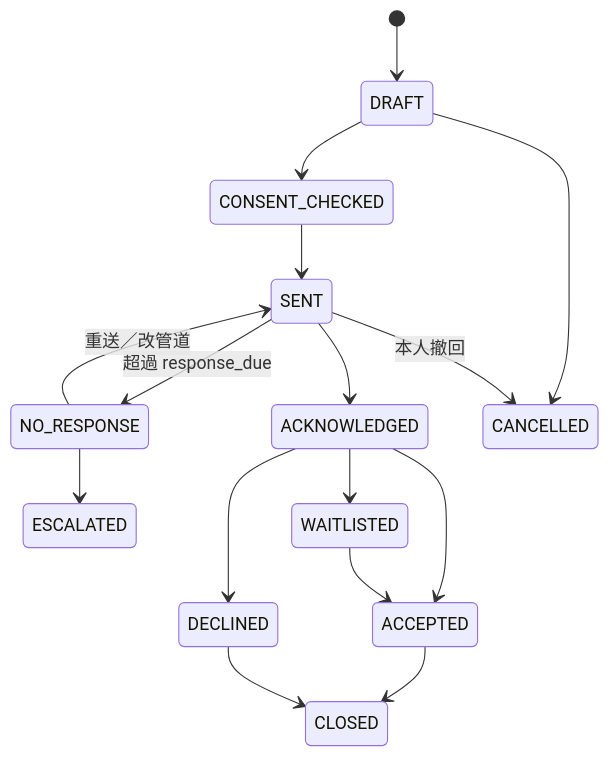
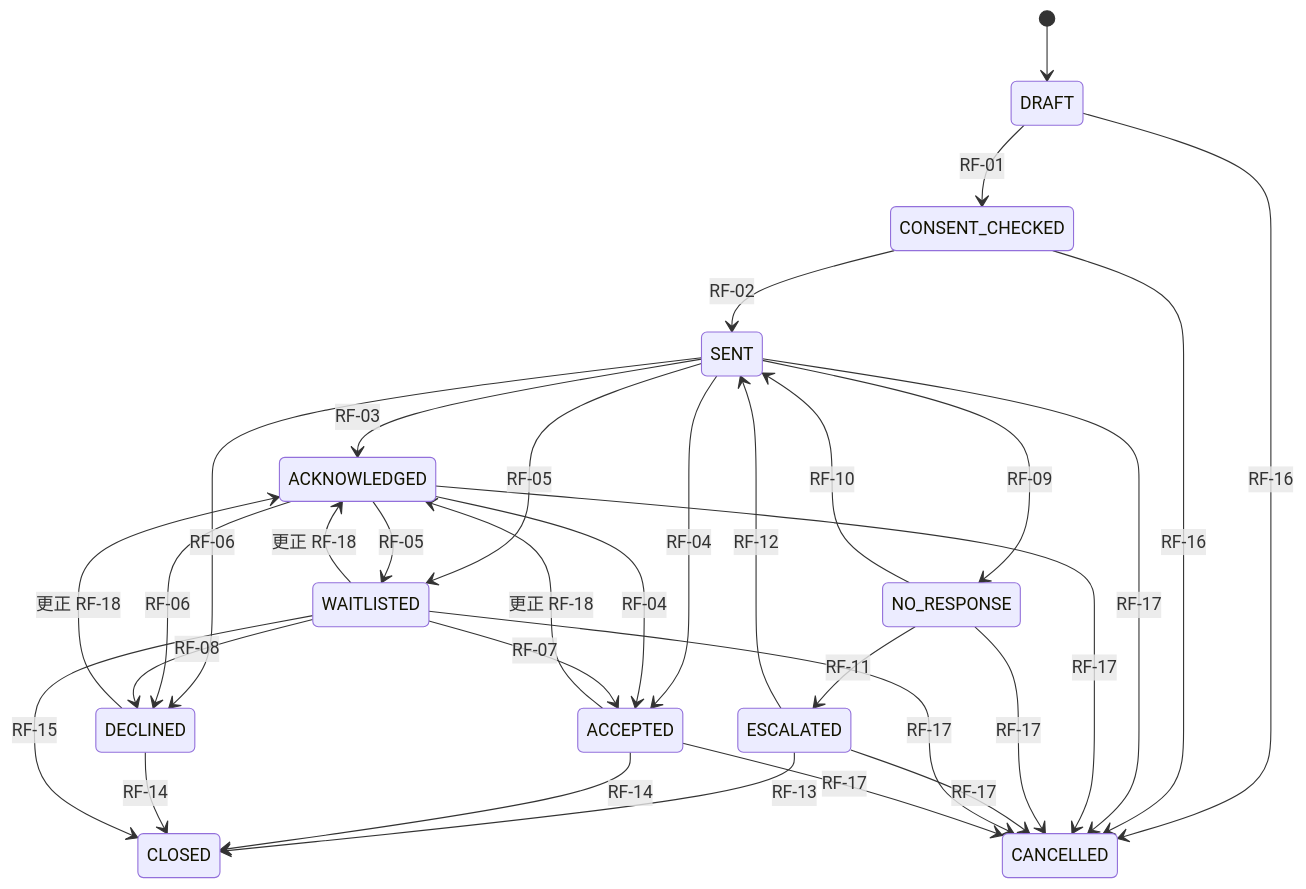
One commit to firekou/SaveThePeople changed the fifth of 7 diagrams in docs/platform/DATA_MODEL_AND_STATE_MACHINES.md. Above: the diagram before and after it, drawn with Mermaid. The commit also changed other lines of this file and 22 other files, not shown here.

````diff
--- a/docs/platform/DATA_MODEL_AND_STATE_MACHINES.md
+++ b/docs/platform/DATA_MODEL_AND_STATE_MACHINES.md
@@ -470,18 +692,34 @@
 ```mermaid
 stateDiagram-v2
   [*] --> DRAFT
-  DRAFT --> CONSENT_CHECKED
-  CONSENT_CHECKED --> SENT
-  SENT --> ACKNOWLEDGED
-  SENT --> NO_RESPONSE: 超過 response_due
-  NO_RESPONSE --> SENT: 重送／改管道
-  NO_RESPONSE --> ESCALATED
-  ACKNOWLEDGED --> ACCEPTED
-  ACKNOWLEDGED --> WAITLISTED
-  ACKNOWLEDGED --> DECLINED
-  WAITLISTED --> ACCEPTED
-  ACCEPTED --> CLOSED
-  DECLINED --> CLOSED
-  DRAFT --> CANCELLED
-  SENT --> CANCELLED: 本人撤回
+  DRAFT --> CONSENT_CHECKED: RF-01
+  CONSENT_CHECKED --> SENT: RF-02
+  SENT --> ACKNOWLEDGED: RF-03
+  SENT --> ACCEPTED: RF-04
+  ACKNOWLEDGED --> ACCEPTED: RF-04
+  SENT --> WAITLISTED: RF-05
+  ACKNOWLEDGED --> WAITLISTED: RF-05
+  SENT --> DECLINED: RF-06
+  ACKNOWLEDGED --> DECLINED: RF-06
+  WAITLISTED --> ACCEPTED: RF-07
+  WAITLISTED --> DECLINED: RF-08
+  SENT --> NO_RESPONSE: RF-09
+  NO_RESPONSE --> SENT: RF-10
+  NO_RESPONSE --> ESCALATED: RF-11
+  ESCALATED --> SENT: RF-12
+  ESCALATED --> CLOSED: RF-13
+  ACCEPTED --> CLOSED: RF-14
+  DECLINED --> CLOSED: RF-14
+  WAITLISTED --> CLOSED: RF-15
+  DRAFT --> CANCELLED: RF-16
+  CONSENT_CHECKED --> CANCELLED: RF-16
+  SENT --> CANCELLED: RF-17
+  ACKNOWLEDGED --> CANCELLED: RF-17
+  NO_RESPONSE --> CANCELLED: RF-17
+  ESCALATED --> CANCELLED: RF-17
+  WAITLISTED --> CANCELLED: RF-17
+  ACCEPTED --> CANCELLED: RF-17
+  ACCEPTED --> ACKNOWLEDGED: 更正 RF-18
+  DECLINED --> ACKNOWLEDGED: 更正 RF-18
+  WAITLISTED --> ACKNOWLEDGED: 更正 RF-18
 ```
````
